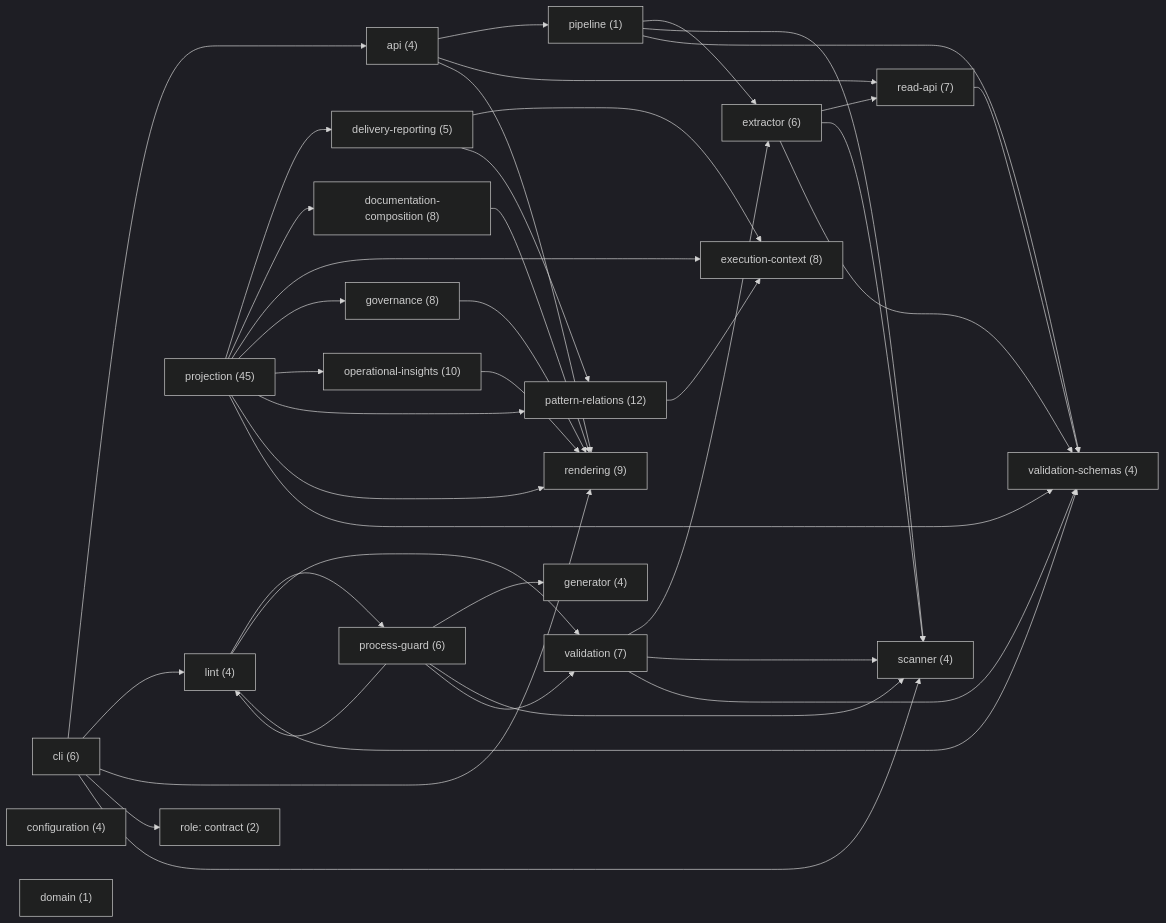
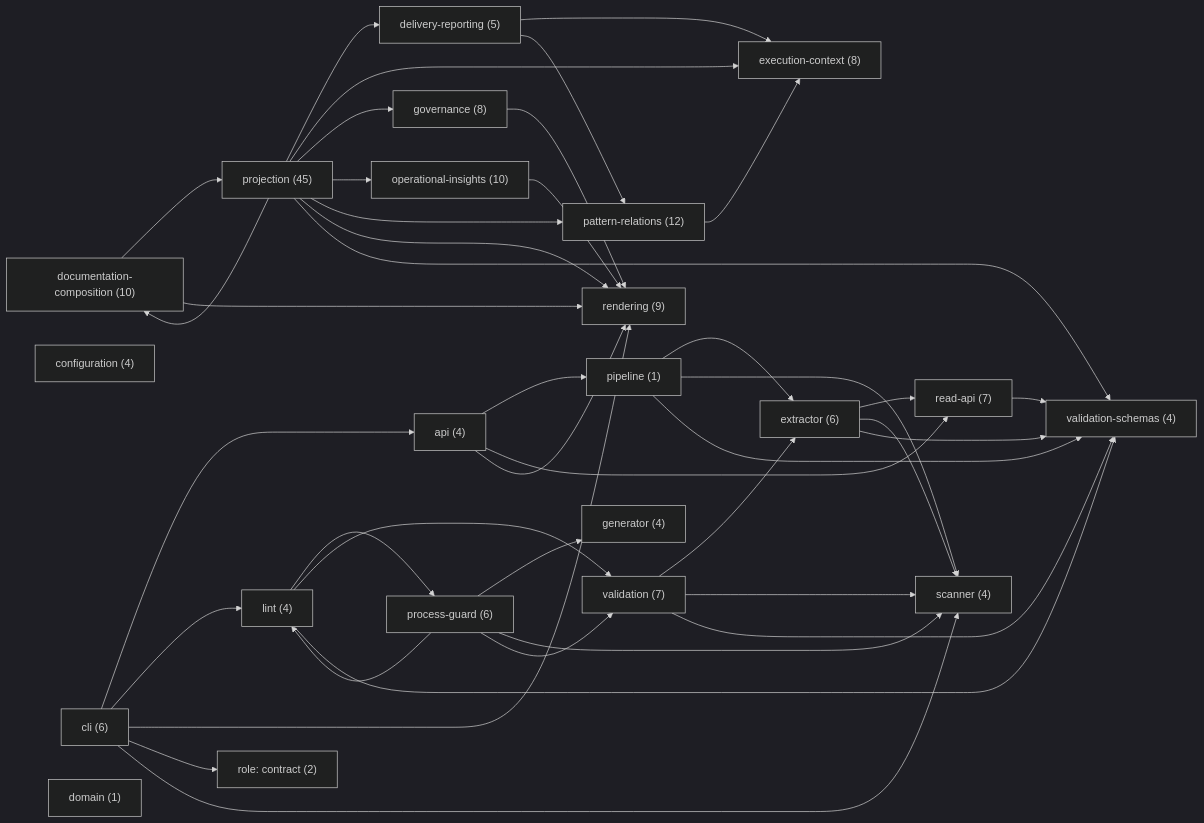
Before and after one commit to libar-dev/architect: the first of 23 diagrams in docs-live/ARCHITECTURE.md, drawn with Mermaid (dark theme). The commit also changed other lines of this file and 16 other files, not shown here.

````diff
--- a/docs-live/ARCHITECTURE.md
+++ b/docs-live/ARCHITECTURE.md
@@ -24,64 +24,65 @@
 ```mermaid
 graph LR
   api["api (4)"]
   cli["cli (6)"]
   configuration["configuration (4)"]
   delivery_reporting["delivery-reporting (5)"]
-  documentation_composition["documentation-composition (8)"]
+  documentation_composition["documentation-composition (10)"]
   domain["domain (1)"]
   execution_context["execution-context (8)"]
   extractor["extractor (6)"]
   generator["generator (4)"]
   governance["governance (8)"]
   lint["lint (4)"]
   operational_insights["operational-insights (10)"]
   pattern_relations["pattern-relations (12)"]
   pipeline["pipeline (1)"]
   process_guard["process-guard (6)"]
   projection["projection (45)"]
   read_api["read-api (7)"]
   rendering["rendering (9)"]
   scanner["scanner (4)"]
   validation["validation (7)"]
   validation_schemas["validation-schemas (4)"]
   role_contract["role: contract (2)"]
   api --> pipeline
   api --> read_api
   api --> rendering
   cli --> api
   cli --> lint
   cli --> rendering
   cli --> role_contract
   cli --> scanner
   delivery_reporting --> execution_context
   delivery_reporting --> pattern_relations
+  documentation_composition --> projection
   documentation_composition --> rendering
   extractor --> read_api
   extractor --> scanner
   extractor --> validation_schemas
   governance --> rendering
   lint --> process_guard
   lint --> validation
   lint --> validation_schemas
   operational_insights --> rendering
   pattern_relations --> execution_context
   pipeline --> extractor
   pipeline --> scanner
   pipeline --> validation_schemas
   process_guard --> generator
   process_guard --> lint
   process_guard --> scanner
   process_guard --> validation
   projection --> delivery_reporting
   projection --> documentation_composition
   projection --> execution_context
   projection --> governance
   projection --> operational_insights
   projection --> pattern_relations
   projection --> rendering
   projection --> validation_schemas
   read_api --> validation_schemas
   validation --> extractor
   validation --> scanner
   validation --> validation_schemas
 ```
````
